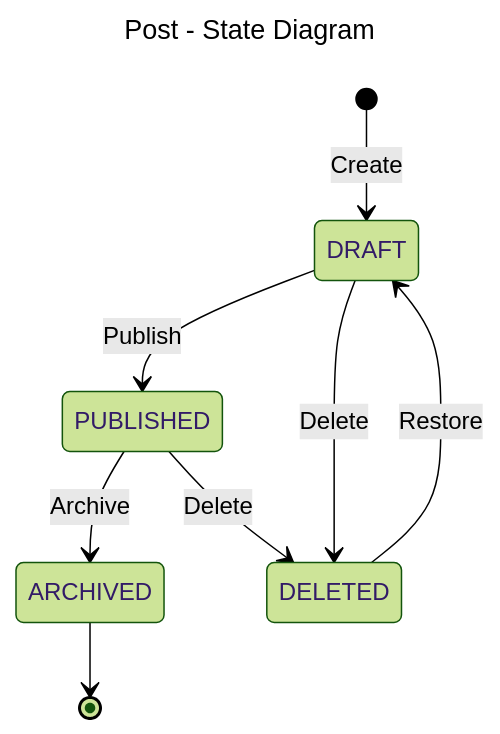
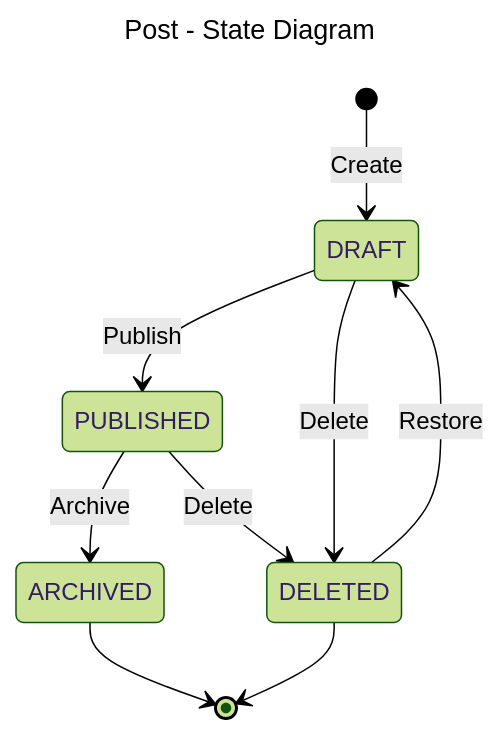
The diagram in documents/post/state-post.mmd (viethoang1520/artchain-server), drawn with Mermaid (forest theme) before and after one commit. The commit also changed 2 other files, not shown here.

```diff
--- a/documents/post/state-post.mmd
+++ b/documents/post/state-post.mmd
@@ -1,11 +1,12 @@
 ---
 title: Post - State Diagram
 ---
 stateDiagram-v2
     [*] --> DRAFT : Create
     DRAFT --> PUBLISHED : Publish
     DRAFT --> DELETED : Delete
     PUBLISHED --> ARCHIVED : Archive
     PUBLISHED --> DELETED : Delete
     DELETED --> DRAFT : Restore
+    DELETED --> [*]
     ARCHIVED --> [*]
```
